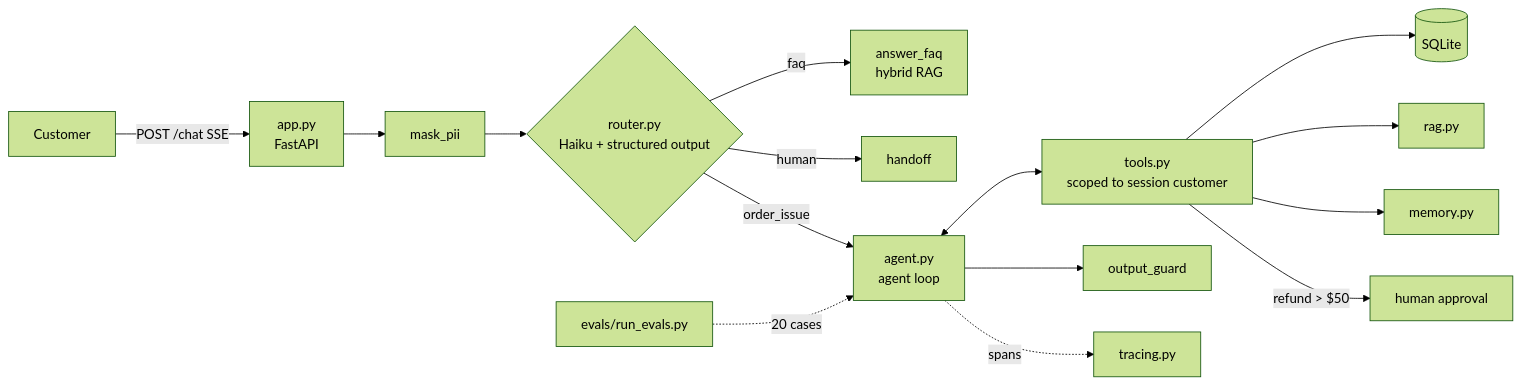
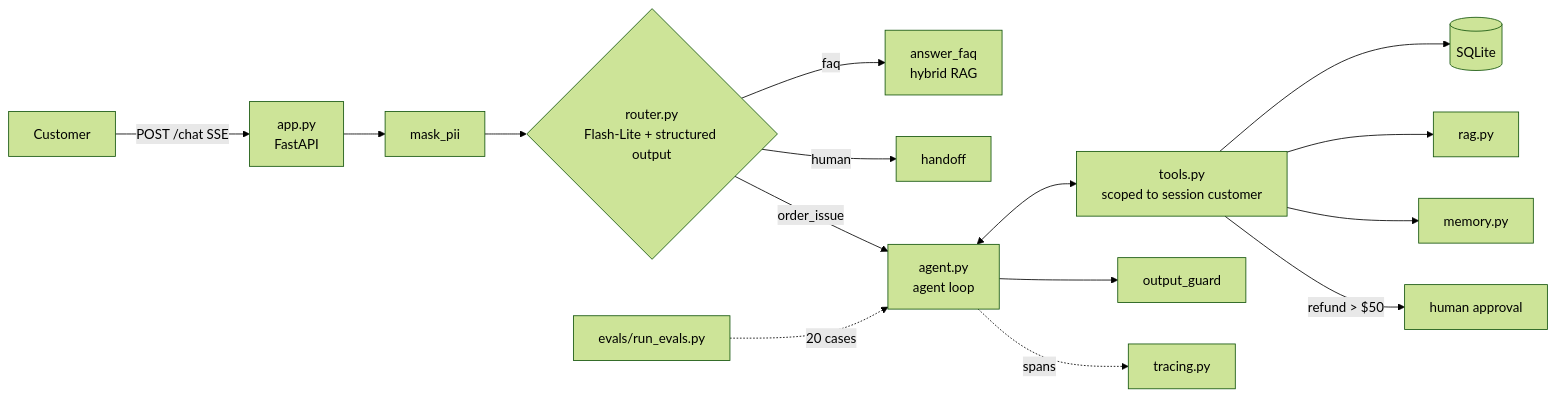
The diagram in projects/shopease-support-agent/README.md (Rahulverma5/agentic-ai-course), drawn with Mermaid (forest theme) before and after one commit. The commit also changed other lines of this file and 48 other files, not shown here.

````diff
--- a/projects/shopease-support-agent/README.md
+++ b/projects/shopease-support-agent/README.md
@@ -5,17 +5,17 @@
 ```mermaid
 flowchart LR
     U[Customer] -->|POST /chat SSE| API[app.py<br/>FastAPI]
     API --> G1[mask_pii]
-    G1 --> R{router.py<br/>Haiku + structured output}
+    G1 --> R{router.py<br/>Flash-Lite + structured output}
     R -->|faq| F[answer_faq<br/>hybrid RAG]
     R -->|human| H[handoff]
     R -->|order_issue| A[agent.py<br/>agent loop]
     A <--> T[tools.py<br/>scoped to session customer]
     T --> DB[(SQLite)]
     T --> K[rag.py]
     T --> M[memory.py]
     T -->|refund > $50| AP[human approval]
     A --> G2[output_guard]
     A -.spans.-> TR[tracing.py]
     E[evals/run_evals.py] -.20 cases.-> A
 ```
````
